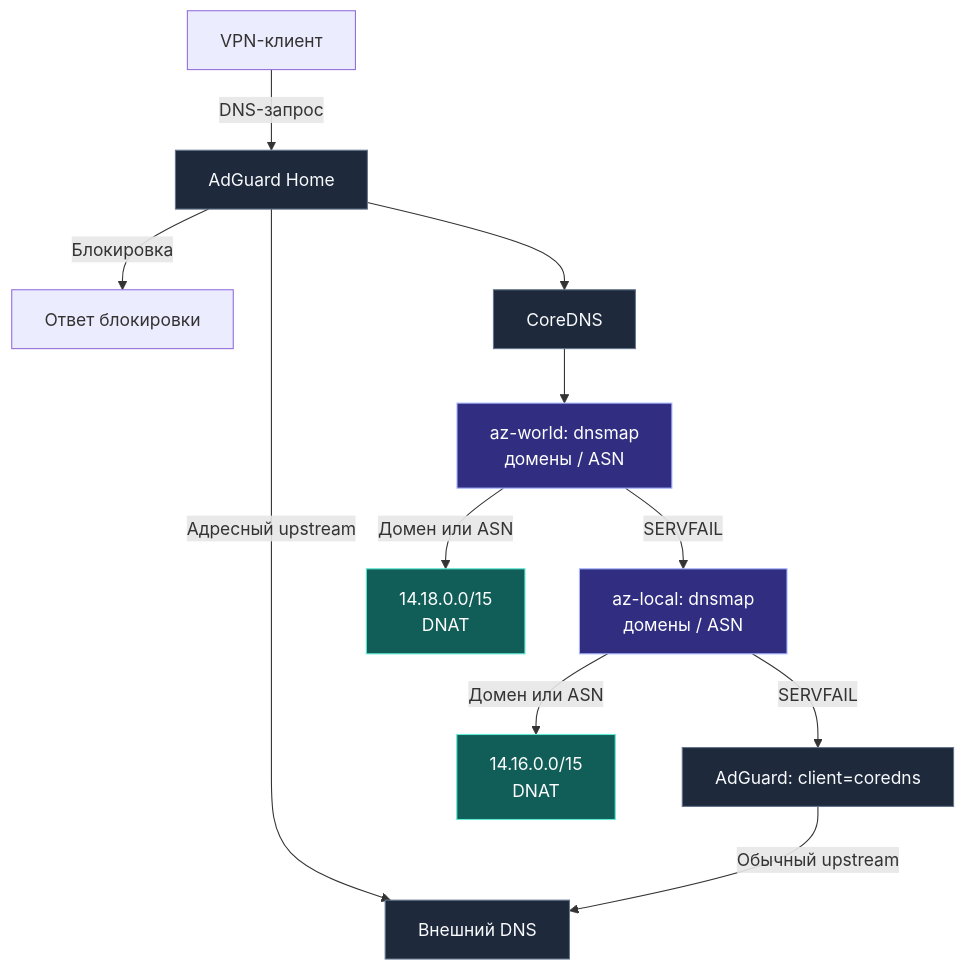
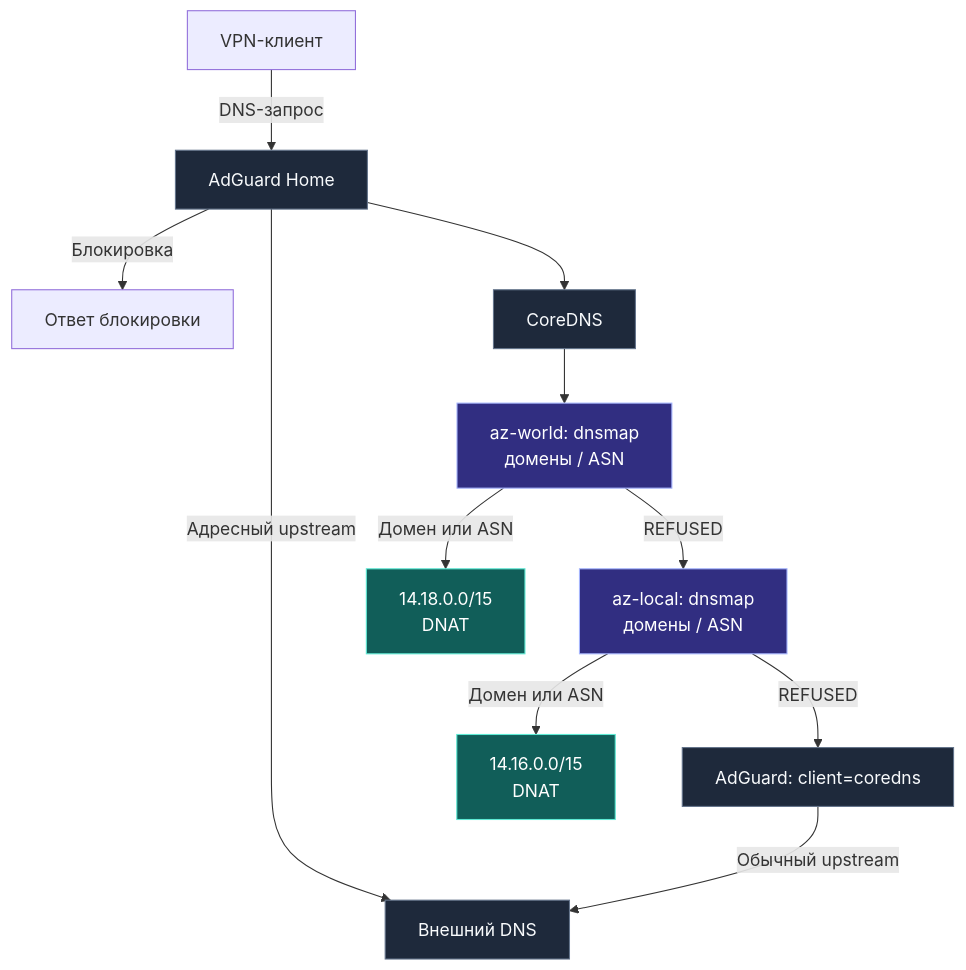
One commit to xtrime-ru/antizapret-vpn-docker changed the first of 3 diagrams in README_RU.md. Above: the diagram before and after it, drawn with Mermaid. The commit also changed other lines of this file and 14 other files, not shown here.

````diff
--- a/README_RU.md
+++ b/README_RU.md
@@ -780,21 +780,21 @@
 ```mermaid
 flowchart TB
     client["VPN-клиент"] -->|DNS-запрос| adguard["AdGuard Home"]
     adguard -->|Блокировка| deny["Ответ блокировки"]
     adguard -->|Адресный upstream| external["Внешний DNS"]
     adguard --> core["CoreDNS"]
     core --> world
     world["az-world: dnsmap<br/>домены / ASN"]
     world -->|Домен или ASN| worldip["14.18.0.0/15<br/>DNAT"]
-    world -->|SERVFAIL| local
+    world -->|REFUSED| local
     local["az-local: dnsmap<br/>домены / ASN"]
     local -->|Домен или ASN| localip["14.16.0.0/15<br/>DNAT"]
-    local -->|SERVFAIL| retry["AdGuard: client=coredns"]
+    local -->|REFUSED| retry["AdGuard: client=coredns"]
     retry -->|Обычный upstream| external
     classDef service fill:#1e293b,stroke:#64748b,color:#f8fafc
     classDef exit fill:#312e81,stroke:#a5b4fc,color:#ffffff
     classDef mapped fill:#115e59,stroke:#5eead4,color:#ffffff
     class adguard,core,retry,external service
     class local,world exit
     class localip,worldip mapped
 ```
````
